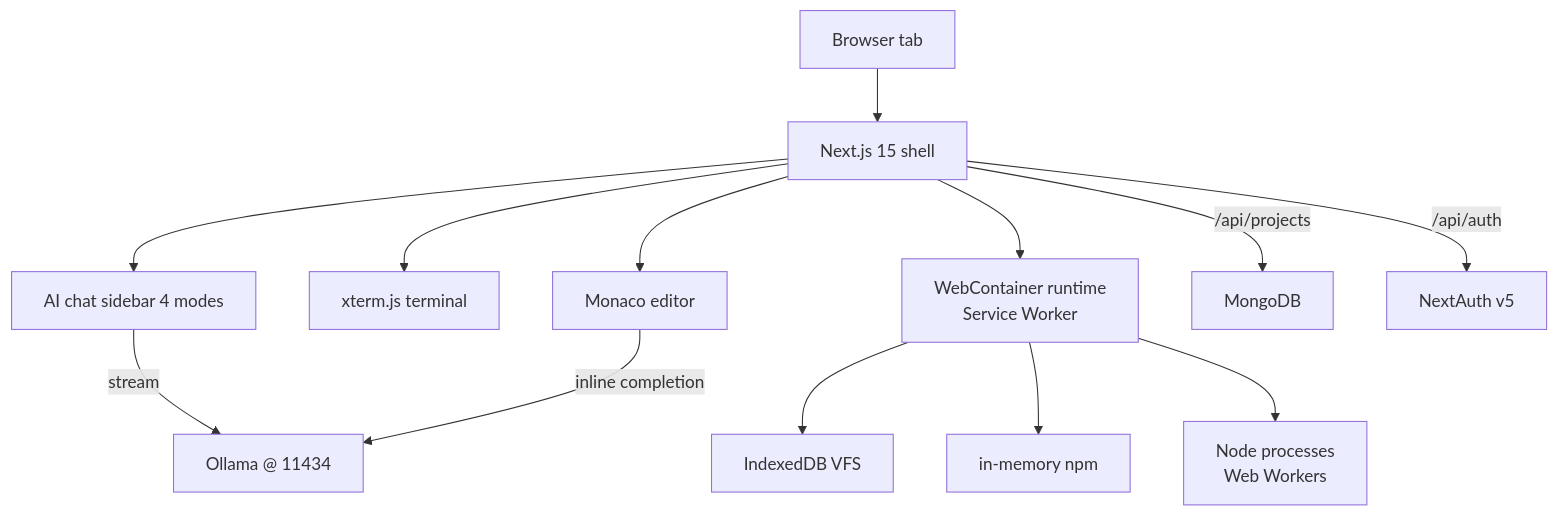
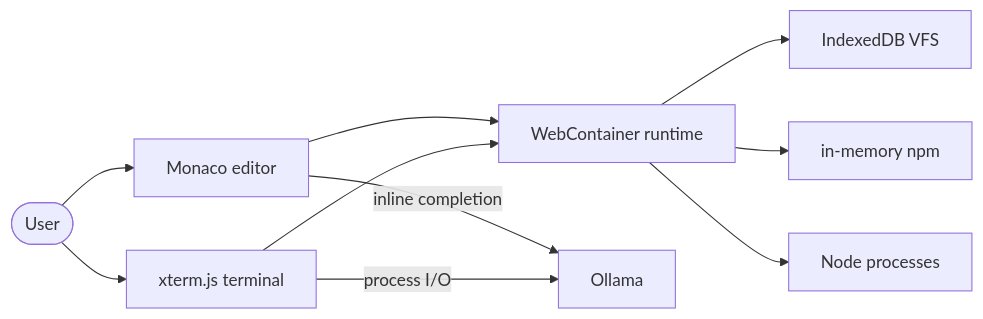
One commit to ykstorm/codecraft-ai changed the diagram in README.md. Above: the diagram before and after it, drawn with Mermaid. The commit also changed other lines of this file and 8 other files, not shown here.

````diff
--- a/README.md
+++ b/README.md
@@ -103,15 +23,12 @@
 ```mermaid
-graph TB
-    Browser[Browser tab] --> Shell[Next.js 15 shell]
-    Shell --> Monaco[Monaco editor]
-    Shell --> Term[xterm.js terminal]
-    Shell --> Chat[AI chat sidebar 4 modes]
-    Shell --> WC[WebContainer runtime<br/>Service Worker]
+graph LR
+    User([User]) --> Monaco[Monaco editor]
+    User --> Term[xterm.js terminal]
+    Monaco --> WC[WebContainer runtime]
+    Term --> WC
     WC --> FS[IndexedDB VFS]
     WC --> NPM[in-memory npm]
-    WC --> Procs[Node processes<br/>Web Workers]
-    Chat -->|stream| Ollama[Ollama @ 11434]
-    Monaco -->|inline completion| Ollama
-    Shell -->|/api/projects| Mongo[MongoDB]
-    Shell -->|/api/auth| Auth[NextAuth v5]
+    WC --> Procs[Node processes]
+    Monaco -->|inline completion| Ollama[Ollama]
+    Term -->|process I/O| Ollama
 ```
````
